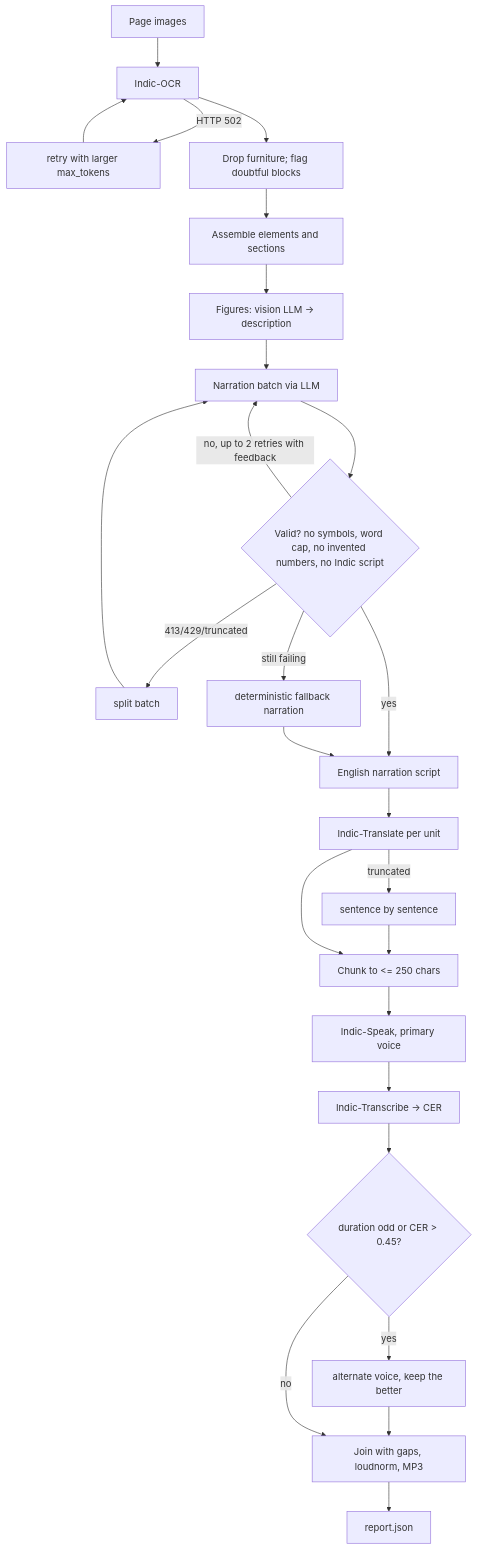
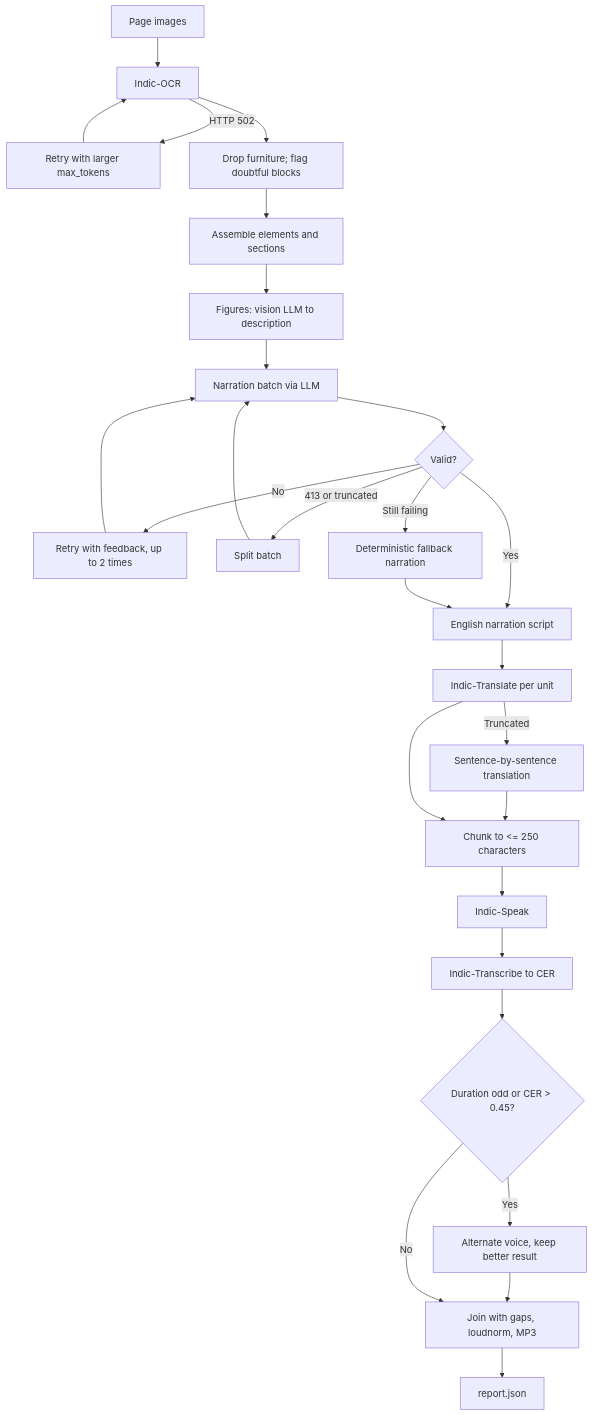
One commit to Bodhan-AI/Bodhan-AI-Cookbook changed the second of 2 diagrams in examples/narrated-lesson/README.md. Above: the diagram before and after it, drawn with Mermaid. The commit also changed other lines of this file, not shown here.

Commit message:
Update README with validated Mermaid diagrams and clean tables

````diff
--- a/examples/narrated-lesson/README.md
+++ b/examples/narrated-lesson/README.md
@@ -77,22 +73,29 @@
 ```mermaid
 flowchart TD
-  A[Page images] --> B[Indic-OCR] -->|HTTP 502| B2[retry with larger max_tokens] --> B
-  B --> C[Drop furniture; flag doubtful blocks]
-  C --> D[Assemble elements and sections]
-  D --> E[Figures: vision LLM -> description]
-  E --> F[Narration batch via LLM]
-  F --> G{Valid? no symbols, word cap, no invented numbers, no Indic script}
-  G -- no, up to 2 retries with feedback --> F
-  G -- 413/429/truncated --> H[split batch] --> F
-  G -- still failing --> I[deterministic fallback narration]
-  G -- yes --> J[English narration script]
-  I --> J
-  J --> K[Indic-Translate per unit] -->|truncated| K2[sentence by sentence] --> L
-  K --> L[Chunk to <= 250 chars]
-  L --> M[Indic-Speak, primary voice]
-  M --> N[Indic-Transcribe -> CER]
-  N --> O{duration odd or CER > 0.45?}
-  O -- yes --> P[alternate voice, keep the better] --> Q
-  O -- no --> Q[Join with gaps, loudnorm, MP3]
-  Q --> R[report.json]
+    A["Page images"] --> B["Indic-OCR"]
+    B -->|"HTTP 502"| B2["Retry with larger max_tokens"]
+    B2 --> B
+    B --> C["Drop furniture; flag doubtful blocks"]
+    C --> D["Assemble elements and sections"]
+    D --> E["Figures: vision LLM to description"]
+    E --> F["Narration batch via LLM"]
+    F --> G{"Valid?"}
+    G -->|"No"| H["Retry with feedback, up to 2 times"]
+    H --> F
+    G -->|"413 or truncated"| I["Split batch"]
+    I --> F
+    G -->|"Still failing"| J["Deterministic fallback narration"]
+    G -->|"Yes"| K["English narration script"]
+    J --> K
+    K --> L["Indic-Translate per unit"]
+    L -->|"Truncated"| M["Sentence-by-sentence translation"]
+    M --> N["Chunk to <= 250 characters"]
+    L --> N
+    N --> O["Indic-Speak"]
+    O --> P["Indic-Transcribe to CER"]
+    P --> Q{"Duration odd or CER > 0.45?"}
+    Q -->|"Yes"| R["Alternate voice, keep better result"]
+    R --> S["Join with gaps, loudnorm, MP3"]
+    Q -->|"No"| S
+    S --> T["report.json"]
 ```
````
